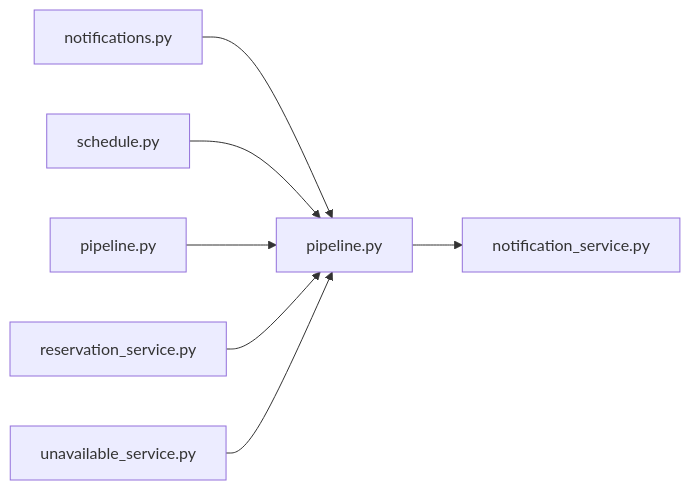
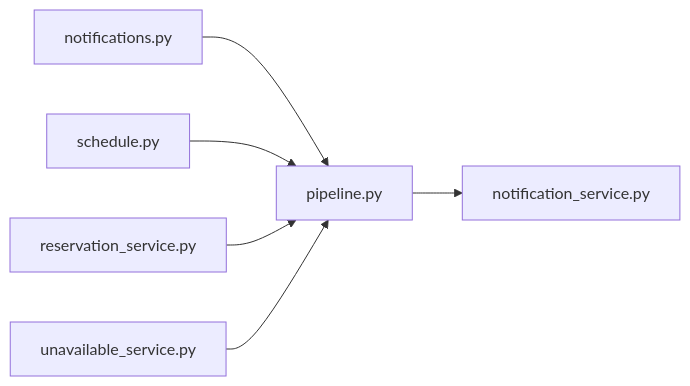
One commit to minkong-dev/Banblit changed the diagram in .cluedoc/graph/backend/src/backend/services/notification/pipeline.md. Above: the diagram before and after it, drawn with Mermaid. The commit also changed other lines of this file and 40 other files, not shown here.

````diff
--- a/.cluedoc/graph/backend/src/backend/services/notification/pipeline.md
+++ b/.cluedoc/graph/backend/src/backend/services/notification/pipeline.md
@@ -10,10 +10,9 @@
 ```mermaid
 flowchart LR
   backend_src_backend_services_notification_pipeline["pipeline.py"]
   backend_src_backend_services_notification_pipeline --> backend_src_backend_services_notification_notification_service["notification_service.py"]
   backend_src_backend_api_routers_notifications["notifications.py"] --> backend_src_backend_services_notification_pipeline
   backend_src_backend_api_routers_schedule["schedule.py"] --> backend_src_backend_services_notification_pipeline
-  backend_src_backend_services_period_pipeline["pipeline.py"] --> backend_src_backend_services_notification_pipeline
   backend_src_backend_services_reservation_reservation_service["reservation_service.py"] --> backend_src_backend_services_notification_pipeline
   backend_src_backend_services_unavailable_unavailable_service["unavailable_service.py"] --> backend_src_backend_services_notification_pipeline
 ```
````
